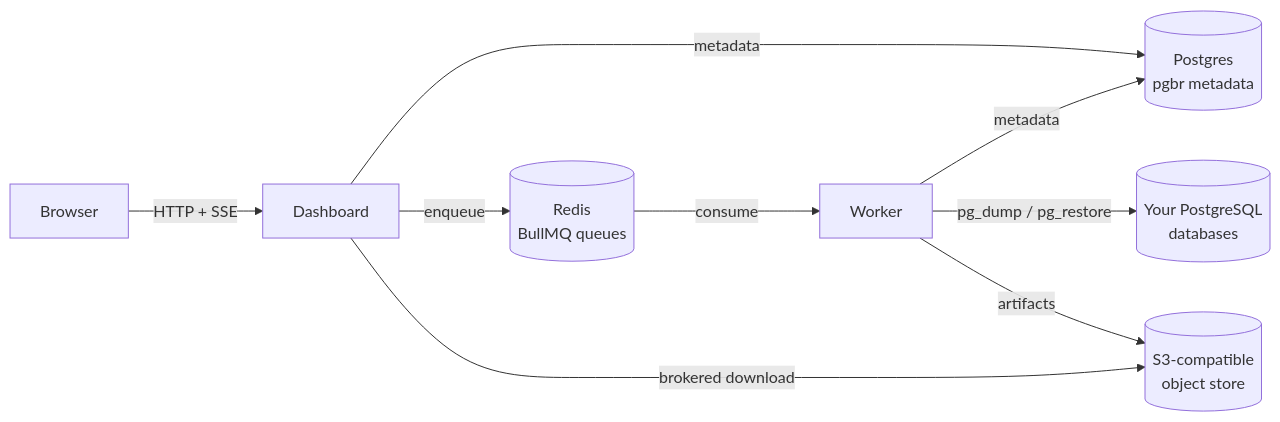
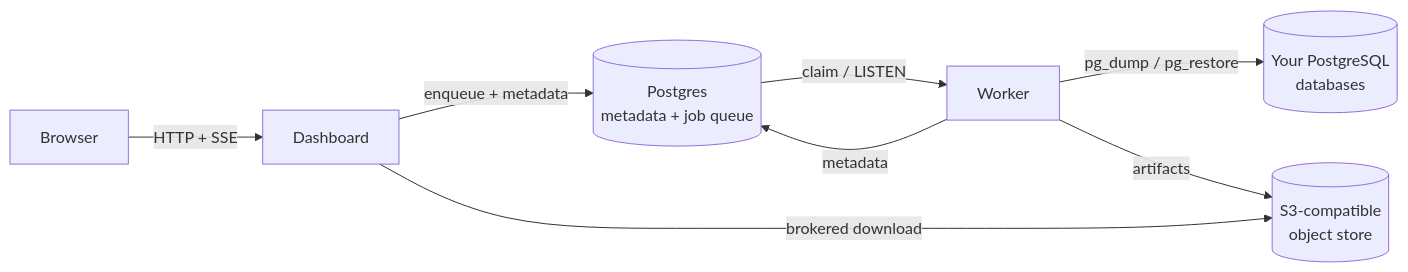
The diagram in apps/docs/content/docs/concepts/architecture.mdx (darseen/pgbr), drawn with Mermaid before and after one commit. The commit also changed other lines of this file and 58 other files, not shown here.

First line of the commit message:
queue: replace Redis/BullMQ with a Postgres-backed queue

````diff
--- a/apps/docs/content/docs/concepts/architecture.mdx
+++ b/apps/docs/content/docs/concepts/architecture.mdx
@@ -12,11 +12,10 @@
 ```mermaid
 flowchart LR
     Browser -->|HTTP + SSE| Dashboard
-    Dashboard -->|enqueue| Redis[(Redis<br/>BullMQ queues)]
-    Redis -->|consume| Worker
-    Dashboard -->|metadata| Postgres[(Postgres<br/>pgbr metadata)]
+    Dashboard -->|enqueue + metadata| Postgres[(Postgres<br/>metadata + job queue)]
+    Postgres -->|claim / LISTEN| Worker
     Worker -->|metadata| Postgres
     Worker -->|pg_dump / pg_restore| Targets[(Your PostgreSQL<br/>databases)]
     Worker -->|artifacts| Store[(S3-compatible<br/>object store)]
     Dashboard -->|brokered download| Store
 ```
````
